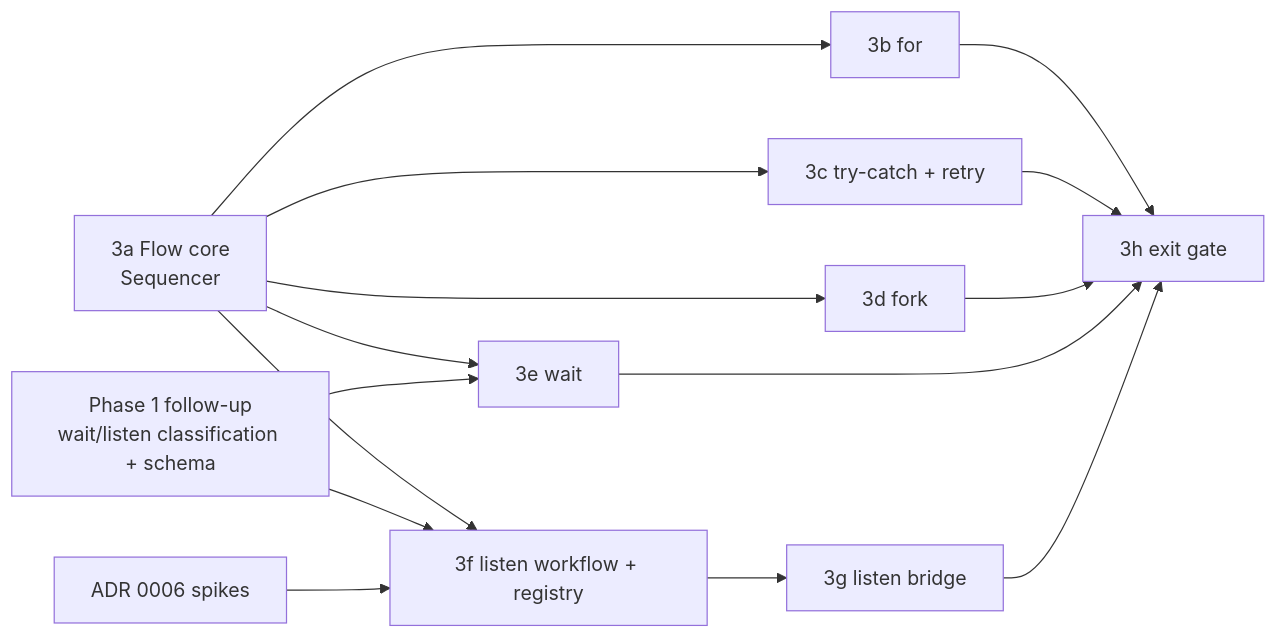
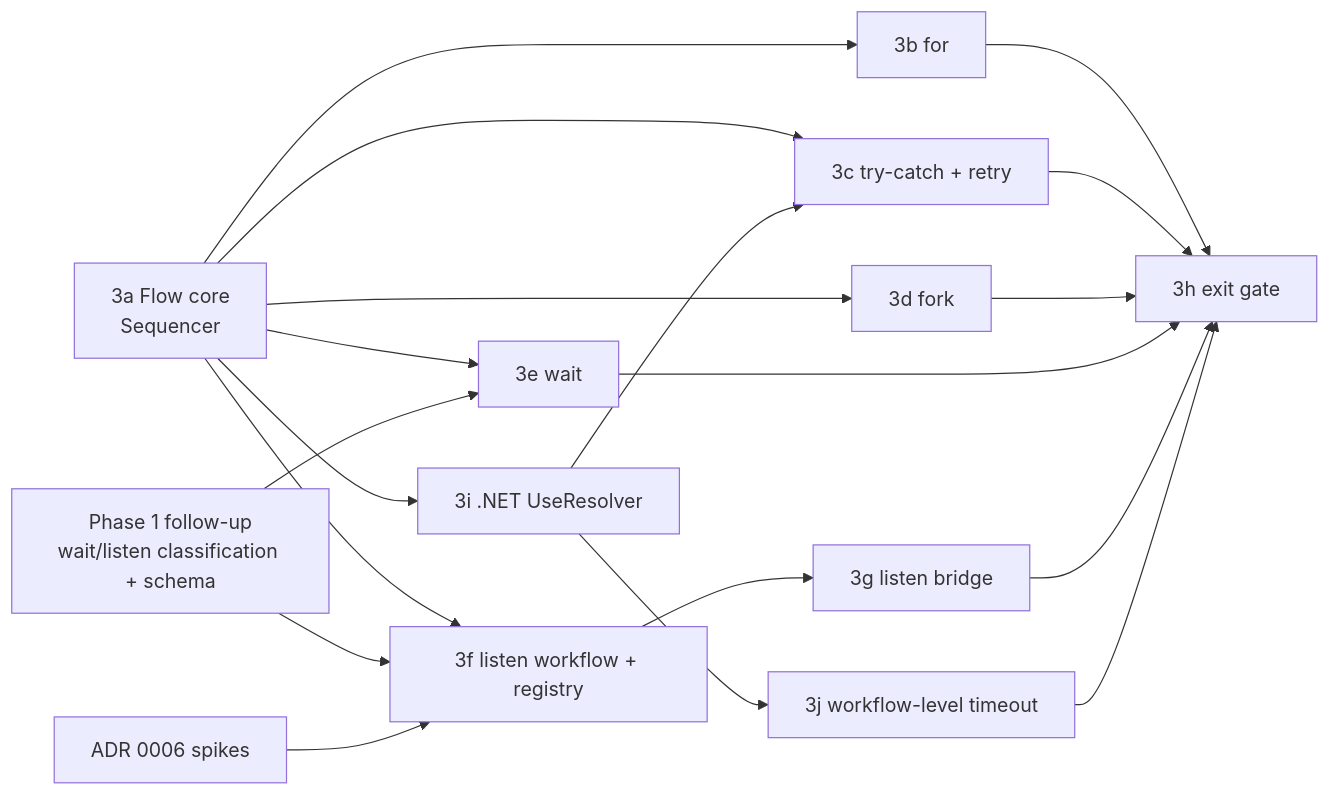
One commit to tonylibs/dapr-workflow-spec changed the third of 3 diagrams in docs/roadmaps/workflow-runtime-architecture-roadmap.md. Above: the diagram before and after it, drawn with Mermaid. The commit also changed other lines of this file and 36 other files, not shown here.

````diff
--- a/docs/roadmaps/workflow-runtime-architecture-roadmap.md
+++ b/docs/roadmaps/workflow-runtime-architecture-roadmap.md
@@ -265,19 +267,23 @@
 ```mermaid
 flowchart LR
   P1F["Phase 1 follow-up<br/>wait/listen classification + schema"]
   SP["ADR 0006 spikes"]
   A["3a Flow core<br/>Sequencer"] --> B["3b for"]
   A --> C["3c try-catch + retry"]
   A --> D["3d fork"]
   A --> E["3e wait"]
   A --> F["3f listen workflow + registry"]
+  A --> I["3i .NET UseResolver"]
+  I --> C
+  I --> J["3j workflow-level timeout"]
   P1F --> E
   P1F --> F
   SP --> F
   F --> G["3g listen bridge"]
   B --> H["3h exit gate"]
   C --> H
   D --> H
   E --> H
   G --> H
+  J --> H
 ```
````
